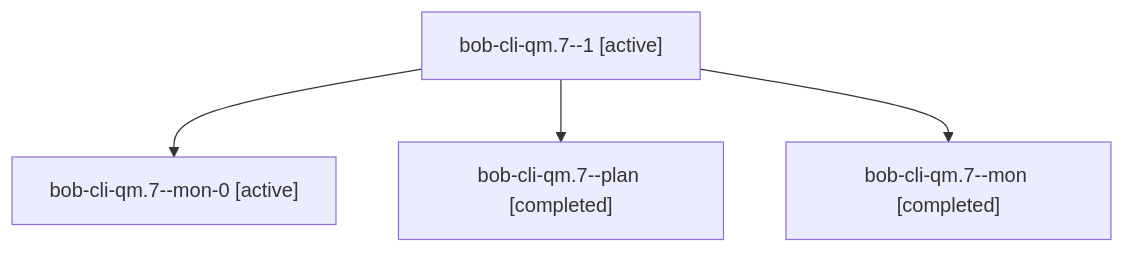
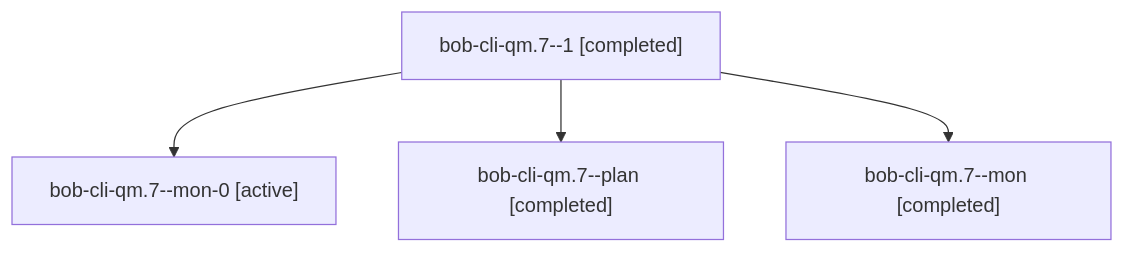
One commit to bobs-org/bob-cli--agents changed the diagram in sessions/bbugyi200.athena.bob-cli-qm.7.md. Above: the diagram before and after it, drawn with Mermaid. The commit also changed other lines of this file and 82 other files, not shown here.

````diff
--- a/sessions/bbugyi200.athena.bob-cli-qm.7.md
+++ b/sessions/bbugyi200.athena.bob-cli-qm.7.md
@@ -9,10 +9,10 @@
 ```mermaid
 flowchart TD
-  n0["bob-cli-qm.7--1 [active]"]
+  n0["bob-cli-qm.7--1 [completed]"]
   n1["bob-cli-qm.7--mon-0 [active]"]
   n0 --> n1
   n2["bob-cli-qm.7--plan [completed]"]
   n0 --> n2
   n3["bob-cli-qm.7--mon [completed]"]
   n0 --> n3
 ```
````
